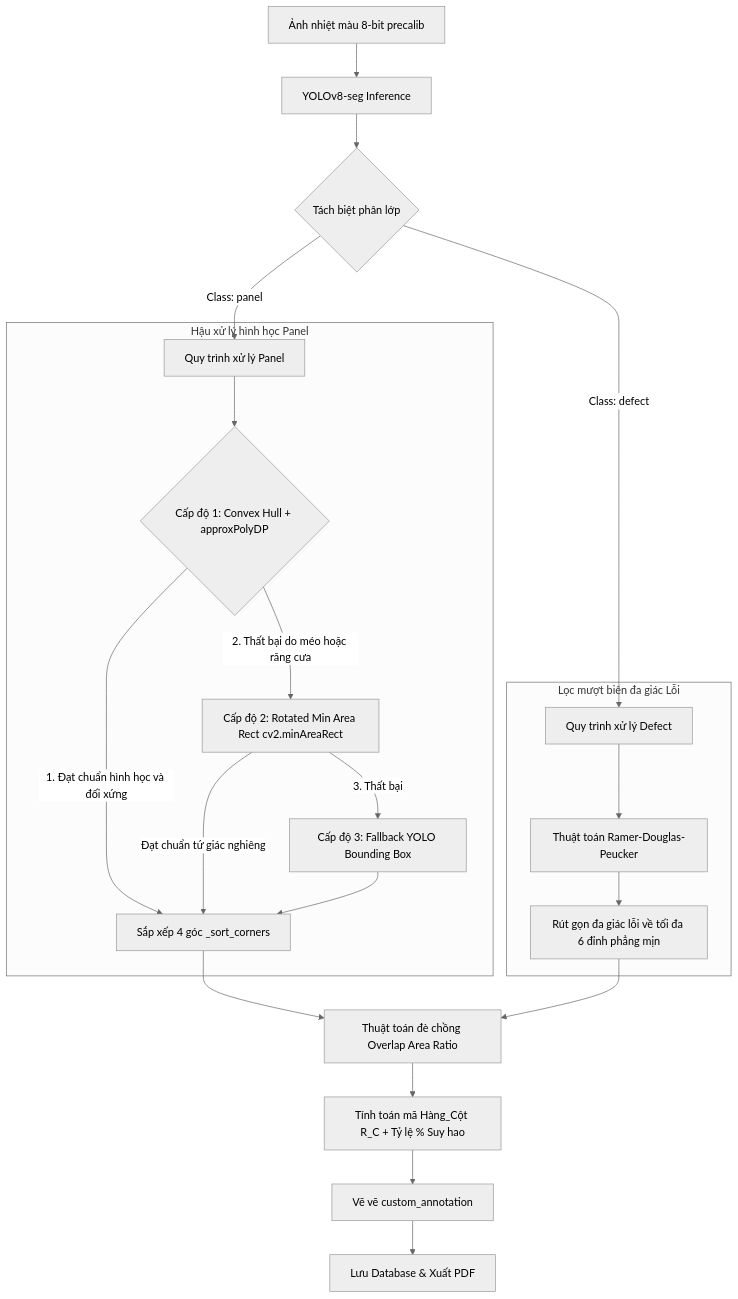
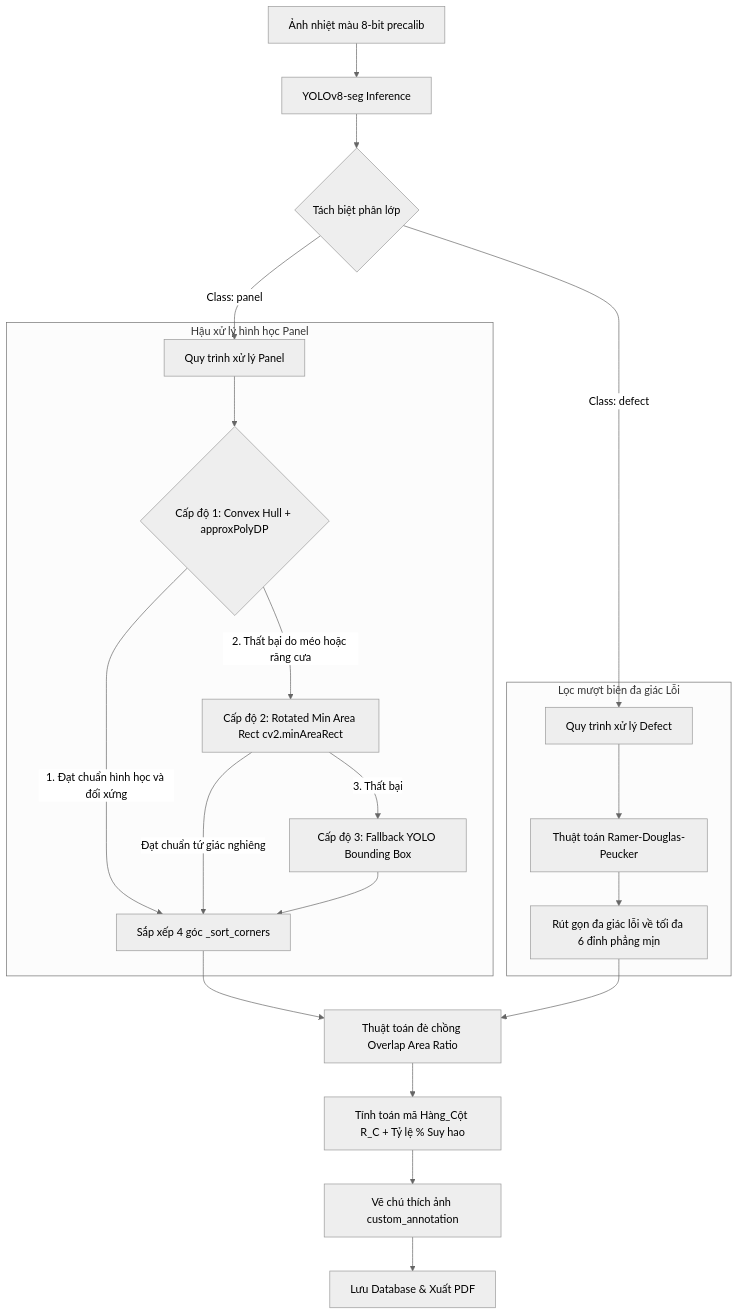
The third of 4 diagrams in PROJECT_ARCHITECTURE.md (thanhnhan4903/Solar-AI-Inspection), drawn with Mermaid before and after one commit.

Commit message:
fix typo in PROJECT_ARCHITECTURE.md

````diff
--- a/PROJECT_ARCHITECTURE.md
+++ b/PROJECT_ARCHITECTURE.md
@@ -106,30 +106,30 @@
 ```mermaid
 graph TD
     %%{init: {'theme': 'neutral'}}%%
     Input[Ảnh nhiệt màu 8-bit precalib] --> Predict[YOLOv8-seg Inference]
     Predict --> Split{Tách biệt phân lớp}
 
     Split -->|Class: panel| RefinePanel[Quy trình xử lý Panel]
     Split -->|Class: defect| SimplifyDefect[Quy trình xử lý Defect]
 
     subgraph Panel_Contour_Refinement [Hậu xử lý hình học Panel]
         RefinePanel --> Level1{Cấp độ 1: Convex Hull + approxPolyDP}
         Level1 -->|1. Đạt chuẩn hình học và đối xứng| SortCorners[Sắp xếp 4 góc _sort_corners]
         Level1 -->|2. Thất bại do méo hoặc răng cưa| Level2[Cấp độ 2: Rotated Min Area Rect cv2.minAreaRect]
         Level2 -->|Đạt chuẩn tứ giác nghiêng| SortCorners
         Level2 -->|3. Thất bại| Level3[Cấp độ 3: Fallback YOLO Bounding Box]
         Level3 --> SortCorners
     end
 
     subgraph Defect_Polygon_Smoothing [Lọc mượt biên đa giác Lỗi]
         SimplifyDefect --> RDP[Thuật toán Ramer-Douglas-Peucker]
         RDP --> Max6[Rút gọn đa giác lỗi về tối đa 6 đỉnh phẳng mịn]
     end
 
     SortCorners --> Assign[Thuật toán đè chồng Overlap Area Ratio]
     Max6 --> Assign
 
     Assign --> Calculate[Tính toán mã Hàng_Cột R_C + Tỷ lệ % Suy hao]
-    Calculate --> Draw[Vẽ vẽ custom_annotation]
+    Calculate --> Draw[Vẽ chú thích ảnh custom_annotation]
     Draw --> DB[Lưu Database & Xuất PDF]
 ```
````
